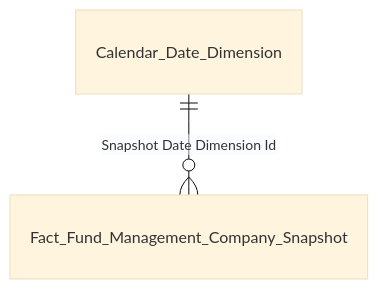
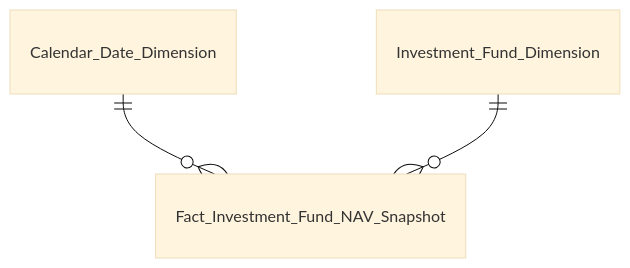
One commit to linhlvit/ubck_atomic_design changed the second of 9 diagrams in Datamart/hld/DTM_QLQ_Entities.md. Above: the diagram before and after it, drawn with Mermaid (base theme). The commit also changed other lines of this file and 28 other files, not shown here.

Commit message:
feat(qlq): add LLD detail mapping, 23 entity table schemas, update HLD, sync datamart model and attributes

````diff
--- a/Datamart/hld/DTM_QLQ_Entities.md
+++ b/Datamart/hld/DTM_QLQ_Entities.md
@@ -7,4 +45,5 @@
 ```mermaid
 erDiagram
-    Calendar_Date_Dimension ||--o{ Fact_Fund_Management_Company_Snapshot : "Snapshot Date Dimension Id"
+    Calendar_Date_Dimension ||--o{ Fact_Investment_Fund_NAV_Snapshot : " "
+    Investment_Fund_Dimension ||--o{ Fact_Investment_Fund_NAV_Snapshot : " "
 ```
````
